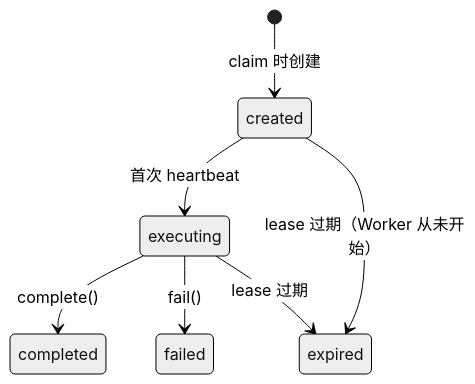
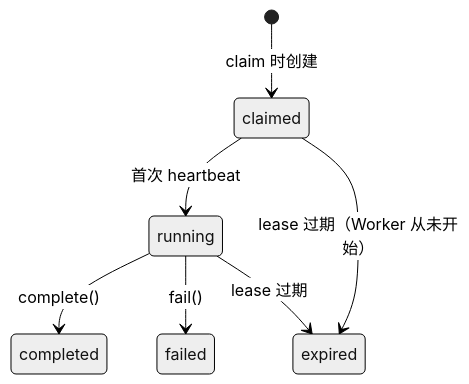
One commit to YoungerYang-Y/ai-sdlc-platform changed the fourth of 4 diagrams in docs/design-docs/scheduler.md. Above: the diagram before and after it, drawn with Mermaid (neutral theme). The commit also changed other lines of this file, not shown here.

Commit message:
docs(design-docs): 对齐 scheduler.md 与 infra-postgres.md 的术语和 schema

````diff
--- a/docs/design-docs/scheduler.md
+++ b/docs/design-docs/scheduler.md
@@ -145,9 +145,9 @@
 ```mermaid
 stateDiagram-v2
-    [*] --> created: claim 时创建
-    created --> executing: 首次 heartbeat
-    executing --> completed: complete()
-    executing --> failed: fail()
-    executing --> expired: lease 过期
-    created --> expired: lease 过期（Worker 从未开始）
+    [*] --> claimed: claim 时创建
+    claimed --> running: 首次 heartbeat
+    running --> completed: complete()
+    running --> failed: fail()
+    running --> expired: lease 过期
+    claimed --> expired: lease 过期（Worker 从未开始）
 ```
````
